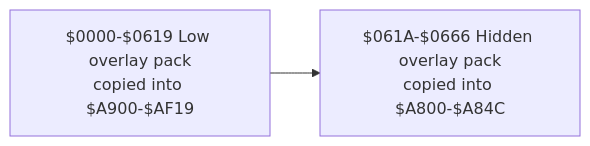
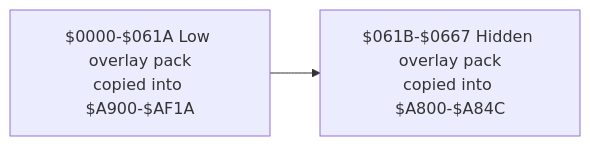
One commit to 123Onetwothree123/6502 changed the third of 8 diagrams in src/apps/readybasic/READYBASIC_LIFECYCLE_AND_REU_ARCHITECTURE.md. Above: the diagram before and after it, drawn with Mermaid. The commit also changed other lines of this file and 16 other files, not shown here.

````diff
--- a/src/apps/readybasic/READYBASIC_LIFECYCLE_AND_REU_ARCHITECTURE.md
+++ b/src/apps/readybasic/READYBASIC_LIFECYCLE_AND_REU_ARCHITECTURE.md
@@ -260,6 +259,6 @@
 ```mermaid
 flowchart LR
-  LP["$0000-$0619 Low overlay pack<br/>copied into $A900-$AF19"]
-  HP["$061A-$0666 Hidden overlay pack<br/>copied into $A800-$A84C"]
+  LP["$0000-$061A Low overlay pack<br/>copied into $A900-$AF1A"]
+  HP["$061B-$0667 Hidden overlay pack<br/>copied into $A800-$A84C"]
   LP --> HP
 ```
````
